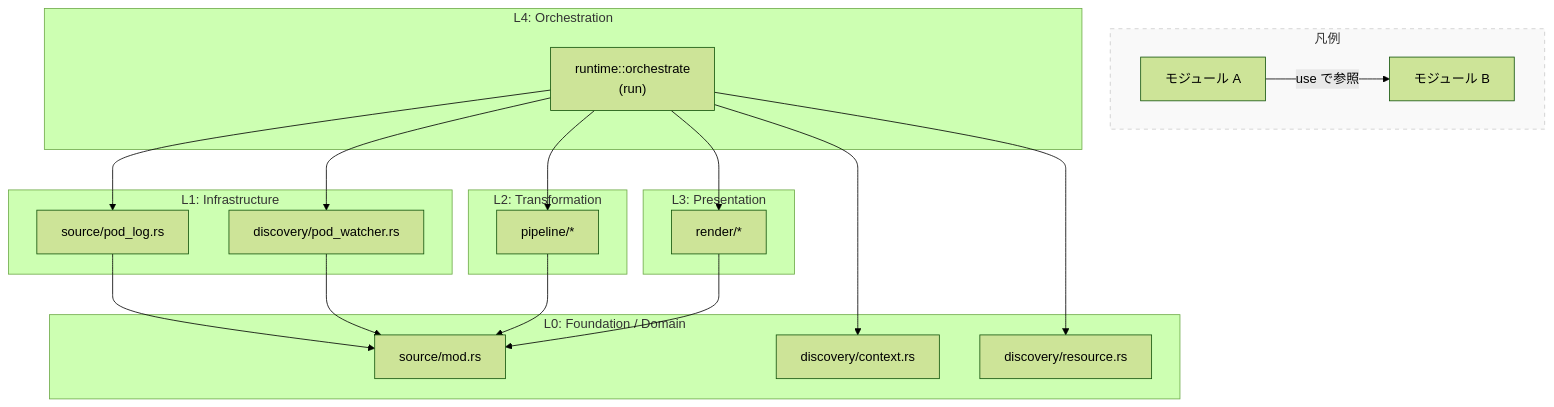
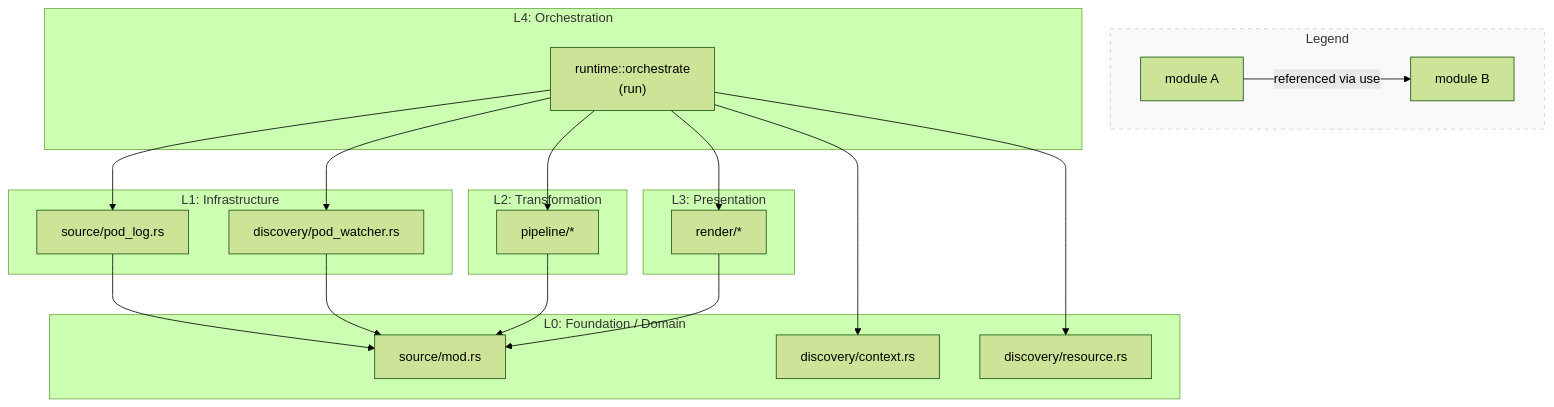
The first of 5 diagrams in crates/rustern-core/README.md (daisuke8000/rustern), drawn with Mermaid (forest theme) before and after one commit. The commit also changed other lines of this file and 20 other files, not shown here.

````diff
--- a/crates/rustern-core/README.md
+++ b/crates/rustern-core/README.md
@@ -60,44 +60,44 @@
 ```mermaid
 flowchart TD
-    subgraph Legend [凡例]
+    subgraph Legend [Legend]
         direction LR
-        NodeA[モジュール A] -->|use で参照| NodeB[モジュール B]
+        NodeA[module A] -->|referenced via use| NodeB[module B]
     end
 
     subgraph L4 [L4: Orchestration]
         Runtime["runtime::orchestrate<br/>(run)"]
     end
 
     subgraph L3 [L3: Presentation]
         Render["render/*"]
     end
 
     subgraph L2 [L2: Transformation]
         Pipeline["pipeline/*"]
     end
 
     subgraph L1 [L1: Infrastructure]
         PodLog["source/pod_log.rs"]
         PodWatcher["discovery/pod_watcher.rs"]
     end
 
     subgraph L0 [L0: Foundation / Domain]
         SrcMod["source/mod.rs"]
         DiscCtx["discovery/context.rs"]
         DiscRes["discovery/resource.rs"]
     end
 
     Runtime --> DiscCtx
     Runtime --> DiscRes
     Runtime --> PodWatcher
     Runtime --> PodLog
     Runtime --> Pipeline
     Runtime --> Render
 
     PodLog --> SrcMod
     PodWatcher --> SrcMod
     Pipeline --> SrcMod
     Render --> SrcMod
 
     style Legend fill:#f9f9f9,stroke:#ccc,stroke-dasharray: 5 5
 ```
````
